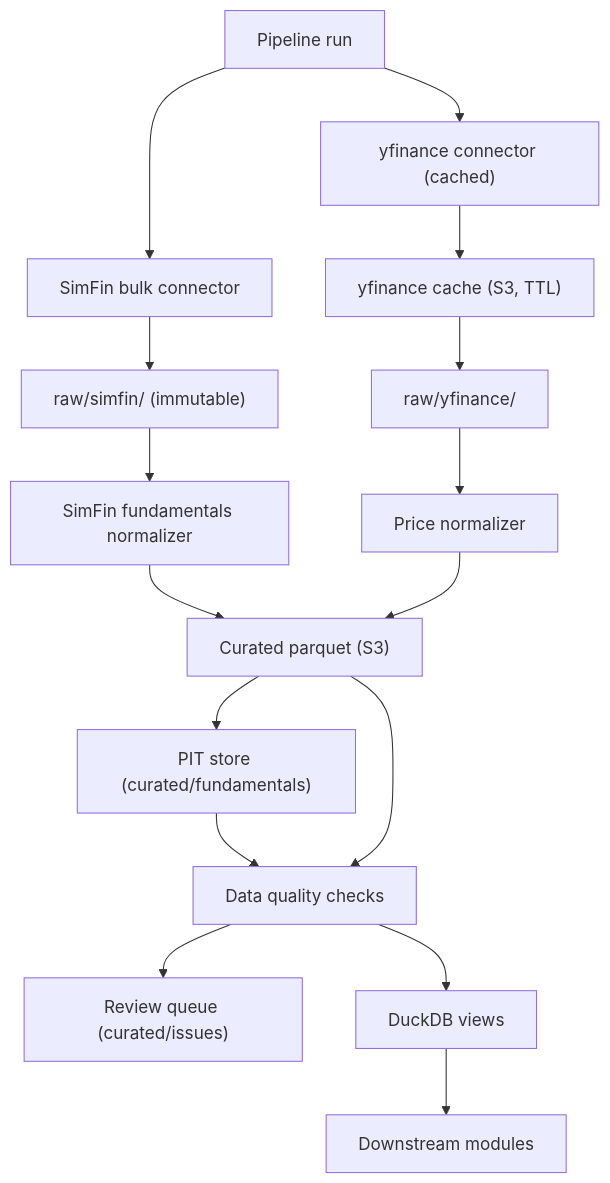
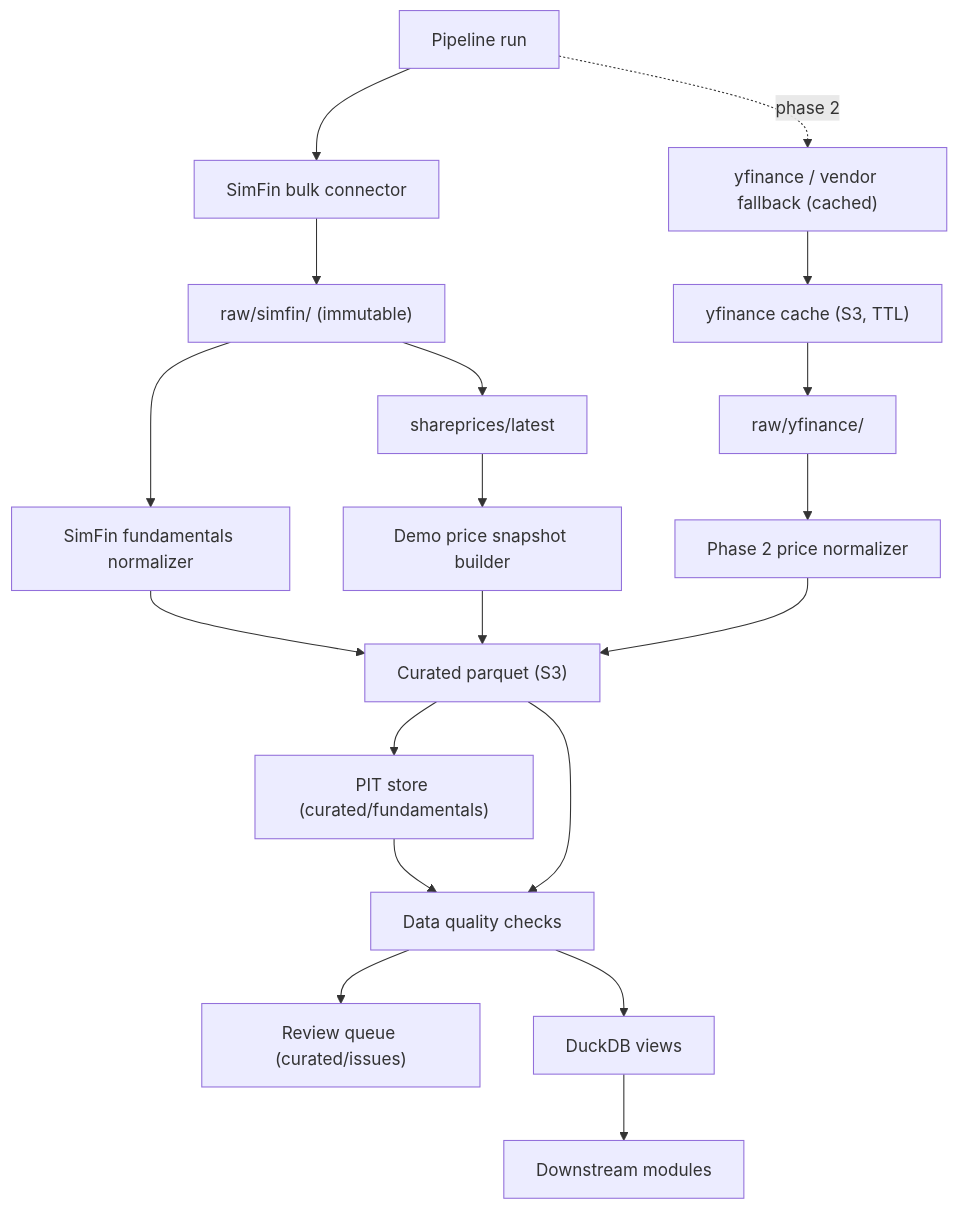
One commit to JLaborda/SmartWealthAI changed the first of 2 diagrams in docs/mvp/features/etl-data-lake.md. Above: the diagram before and after it, drawn with Mermaid. The commit also changed other lines of this file and 5 other files, not shown here.

Commit message:
docs(mvp): align SimFin demo price pipeline

````diff
--- a/docs/mvp/features/etl-data-lake.md
+++ b/docs/mvp/features/etl-data-lake.md
@@ -74,21 +74,24 @@
 ```mermaid
 flowchart TD
     Scheduler["Pipeline run"] --> SimFinConn["SimFin bulk connector"]
-    Scheduler --> YFConn["yfinance connector (cached)"]
 
     SimFinConn --> RawSF["raw/simfin/ (immutable)"]
     RawSF --> SFNorm["SimFin fundamentals normalizer"]
+    RawSF --> SharePx["shareprices/latest"]
+    SharePx --> PriceNorm["Demo price snapshot builder"]
+    Scheduler -. "phase 2" .-> YFConn["yfinance / vendor fallback (cached)"]
     YFConn --> Cache["yfinance cache (S3, TTL)"]
     Cache --> RawYF["raw/yfinance/"]
-    RawYF --> PriceNorm["Price normalizer"]
+    RawYF --> PriceHist["Phase 2 price normalizer"]
 
     SFNorm --> Curated["Curated parquet (S3)"]
     PriceNorm --> Curated
+    PriceHist --> Curated
     Curated --> PITStore["PIT store (curated/fundamentals)"]
     PITStore --> QC["Data quality checks"]
     Curated --> QC
 
     QC --> ReviewQueue["Review queue (curated/issues)"]
     QC --> DuckDB["DuckDB views"]
     DuckDB --> Downstream["Downstream modules"]
 ```
````
